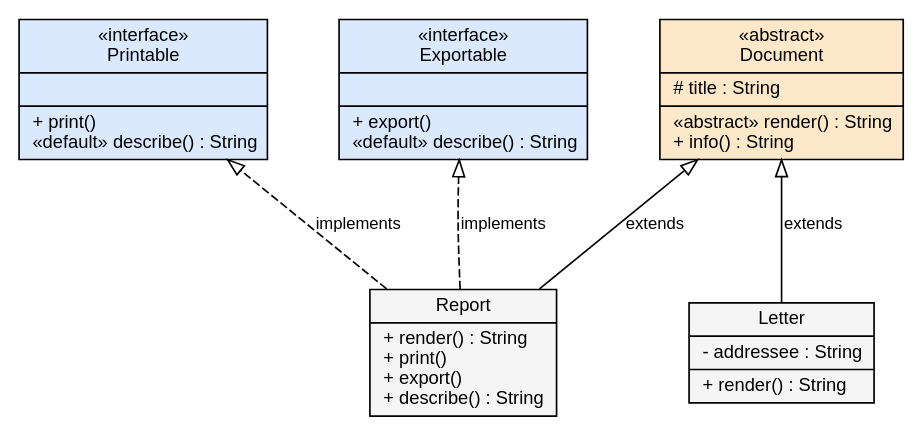
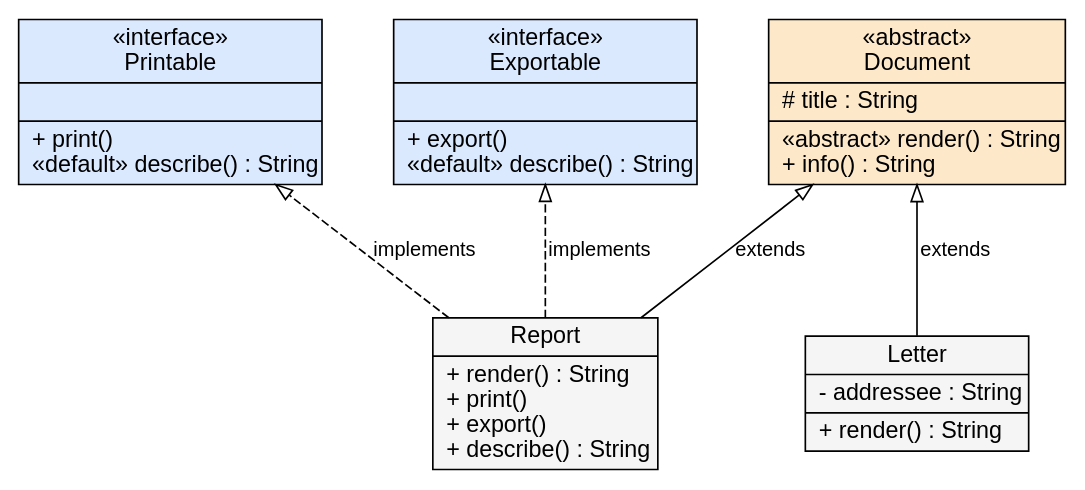
The diagram in java/pz-4/diagrams/document.dot (brizzinck/krinzhrepoduta), drawn with Graphviz before and after one commit. The commit also changed 15 other files, not shown here.

```diff
--- a/java/pz-4/diagrams/document.dot
+++ b/java/pz-4/diagrams/document.dot
@@ -1,17 +1,17 @@
 digraph G {
   rankdir=BT; nodesep=0.6; ranksep=0.9;
   graph [fontname="Liberation Sans", bgcolor="white"];
-  node [shape=record, fontname="Liberation Sans", fontsize=11, style=filled, fillcolor="#f5f5f5"];
-  edge [fontname="Liberation Sans", fontsize=10];
+  node [shape=record, fontname="Liberation Sans", fontsize=14, style=filled, fillcolor="#f5f5f5"];
+  edge [fontname="Liberation Sans", fontsize=12];
 
   Document [fillcolor="#fde9c9", label="{«abstract»\nDocument|# title : String\l|«abstract» render() : String\l+ info() : String\l}"];
   Report [label="{Report|+ render() : String\l+ print()\l+ export()\l+ describe() : String\l}"];
   Letter [label="{Letter|- addressee : String\l|+ render() : String\l}"];
   Printable [fillcolor="#dbe9ff", label="{«interface»\nPrintable||+ print()\l«default» describe() : String\l}"];
   Exportable [fillcolor="#dbe9ff", label="{«interface»\nExportable||+ export()\l«default» describe() : String\l}"];
 
   Report -> Document [arrowhead=empty, label=" extends"];
   Letter -> Document [arrowhead=empty, label=" extends"];
   Report -> Printable [arrowhead=empty, style=dashed, label=" implements"];
   Report -> Exportable [arrowhead=empty, style=dashed, label=" implements"];
 }
```
